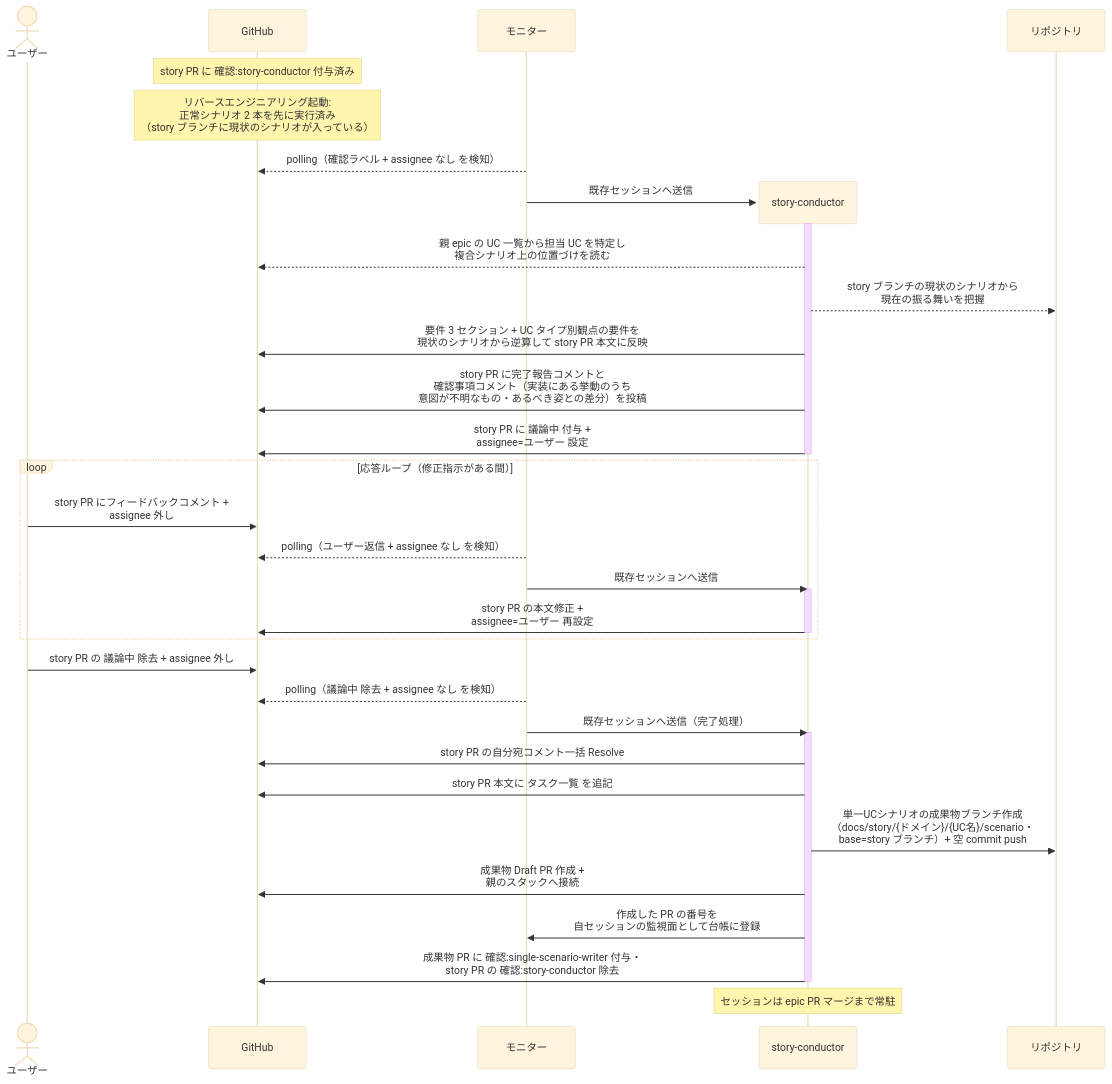
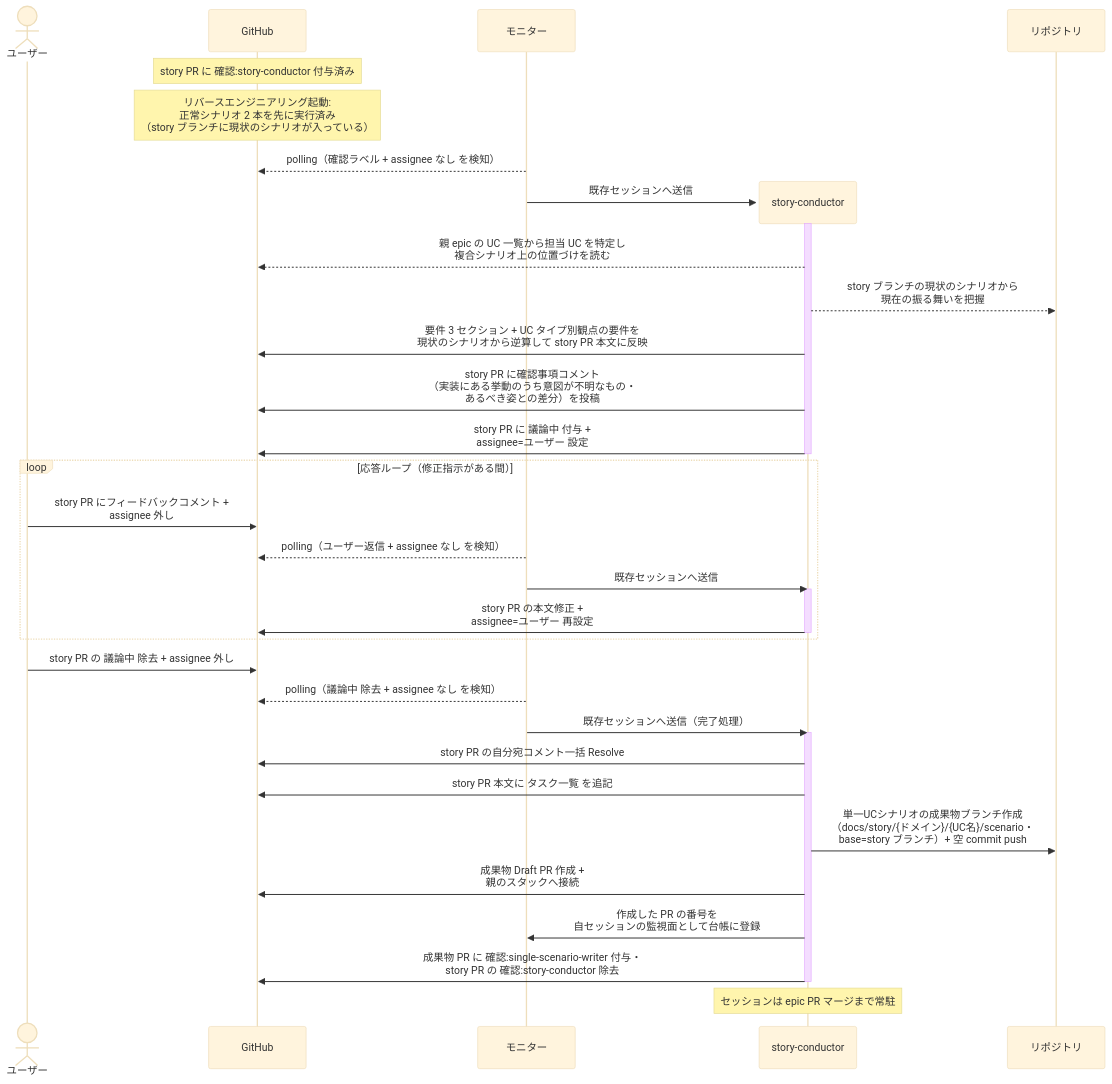
The third of 3 diagrams in docs/wiki/設計図/シナリオ/単一ユースケース/story要件確定.md (shuhei1101/ai-monitor), drawn with Mermaid (base theme) before and after one commit. The commit also changed other lines of this file and 174 other files, not shown here.

````diff
--- a/docs/wiki/設計図/シナリオ/単一ユースケース/story要件確定.md
+++ b/docs/wiki/設計図/シナリオ/単一ユースケース/story要件確定.md
@@ -146,42 +146,42 @@
 ```mermaid
 sequenceDiagram
   actor U as ユーザー
   participant GH as GitHub
   participant ORC as モニター
 
   Note over GH: story PR に 確認:story-conductor 付与済み
   Note over GH: リバースエンジニアリング起動:<br>正常シナリオ 2 本を先に実行済み<br>（story ブランチに現状のシナリオが入っている）
   ORC-->>GH: polling（確認ラベル + assignee なし を検知）
   create participant MON as story-conductor
   ORC->>MON: 既存セッションへ送信
   participant REPO as リポジトリ
   activate MON
   MON-->>GH: 親 epic の UC 一覧から担当 UC を特定し<br>複合シナリオ上の位置づけを読む
   MON-->>REPO: story ブランチの現状のシナリオから<br>現在の振る舞いを把握
   MON->>GH: 要件 3 セクション + UC タイプ別観点の要件を<br>現状のシナリオから逆算して story PR 本文に反映
-  MON->>GH: story PR に完了報告コメントと<br>確認事項コメント（実装にある挙動のうち<br>意図が不明なもの・あるべき姿との差分）を投稿
+  MON->>GH: story PR に確認事項コメント<br>（実装にある挙動のうち意図が不明なもの・<br>あるべき姿との差分）を投稿
   MON->>GH: story PR に 議論中 付与 +<br>assignee=ユーザー 設定
   deactivate MON
 
   loop 応答ループ（修正指示がある間）
     U->>GH: story PR にフィードバックコメント +<br>assignee 外し
     ORC-->>GH: polling（ユーザー返信 + assignee なし を検知）
     ORC->>MON: 既存セッションへ送信
     activate MON
     MON->>GH: story PR の本文修正 +<br>assignee=ユーザー 再設定
     deactivate MON
   end
 
   U->>GH: story PR の 議論中 除去 + assignee 外し
   ORC-->>GH: polling（議論中 除去 + assignee なし を検知）
   ORC->>MON: 既存セッションへ送信（完了処理）
   activate MON
   MON->>GH: story PR の自分宛コメント一括 Resolve
   MON->>GH: story PR 本文に タスク一覧 を追記
   MON->>REPO: 単一UCシナリオの成果物ブランチ作成<br>（docs/story/{ドメイン}/{UC名}/scenario・<br>base=story ブランチ）+ 空 commit push
   MON->>GH: 成果物 Draft PR 作成 +<br>親のスタックへ接続
   MON->>ORC: 作成した PR の番号を<br>自セッションの監視面として台帳に登録
   MON->>GH: 成果物 PR に 確認:single-scenario-writer 付与・<br>story PR の 確認:story-conductor 除去
   deactivate MON
   Note over MON: セッションは epic PR マージまで常駐
 ```
````
